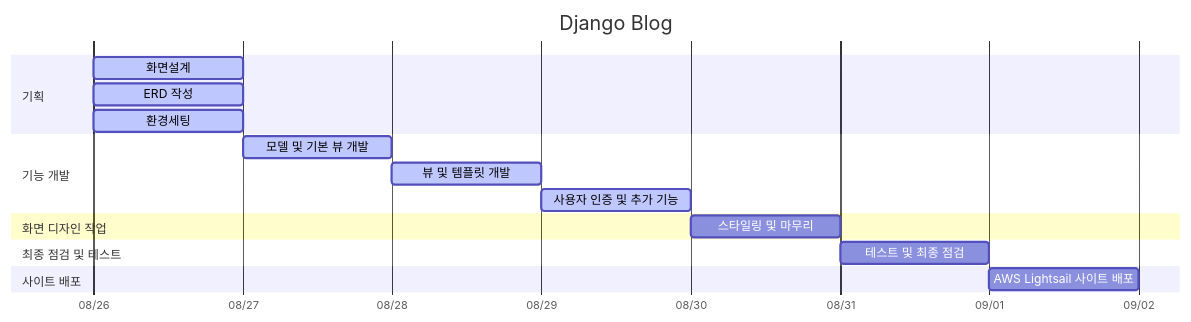
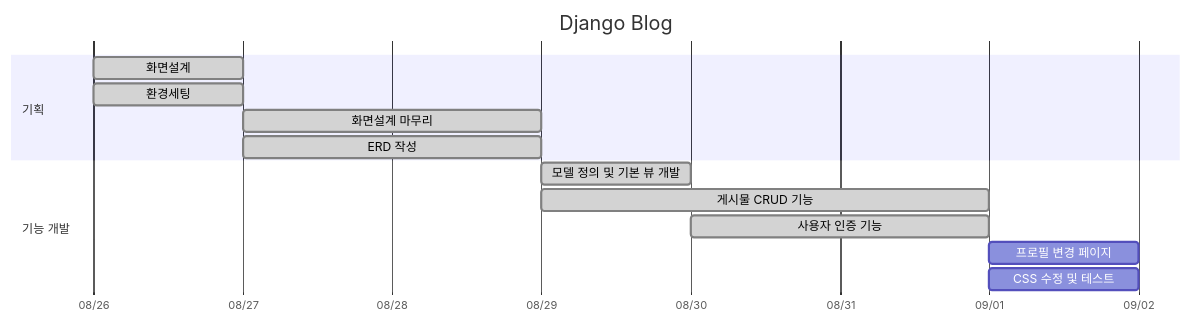
One commit to cheeou/Django-blog-project changed the first of 2 diagrams in README.md. Above: the diagram before and after it, drawn with Mermaid. The commit also changed other lines of this file and 4 other files, not shown here.

````diff
--- a/README.md
+++ b/README.md
@@ -55,22 +55,19 @@
 ```mermaid
 gantt
     title Django Blog
     dateFormat YYYY-MM-DD
     axisFormat %m/%d
     tickInterval 1day
     section 기획
-    화면설계    :active, 2024-08-26, 1d
-    ERD 작성    :active, 2024-08-26, 1d
-    환경세팅    :active, 2024-08-26, 1d
+    화면설계    :done, 2024-08-26, 1d
+    환경세팅    :done, 2024-08-26, 1d
+    화면설계 마무리       :done,    2024-08-27, 2d
+    ERD 작성          :done,    2024-08-27, 2d
     section 기능 개발
-    모델 및 기본 뷰 개발       :active,    2024-08-27, 1d
-    뷰 및 템플릿 개발          :active,    2024-08-28, 1d
-    사용자 인증 및 추가 기능   :active,  2024-08-29, 1d
-    section 화면 디자인 작업
-    스타일링 및 마무리         :         2024-08-30, 1d
-    section 최종 점검 및 테스트
-    테스트 및 최종 점검        :         2024-08-31, 1d
-    section 사이트 배포
-    AWS Lightsail 사이트 배포  :         2024-09-01, 1d
-   
+    모델 정의 및 기본 뷰 개발       :done,    2024-08-29, 1d
+    게시물 CRUD 기능   :done,  2024-08-29, 3d
+    사용자 인증 기능   :done,  2024-08-30, 2d
+    프로필 변경  페이지 :done         2024-09-01, 1d
+    CSS 수정 및 테스트 : done        2024-09-01, 1d
+
 ```
````
